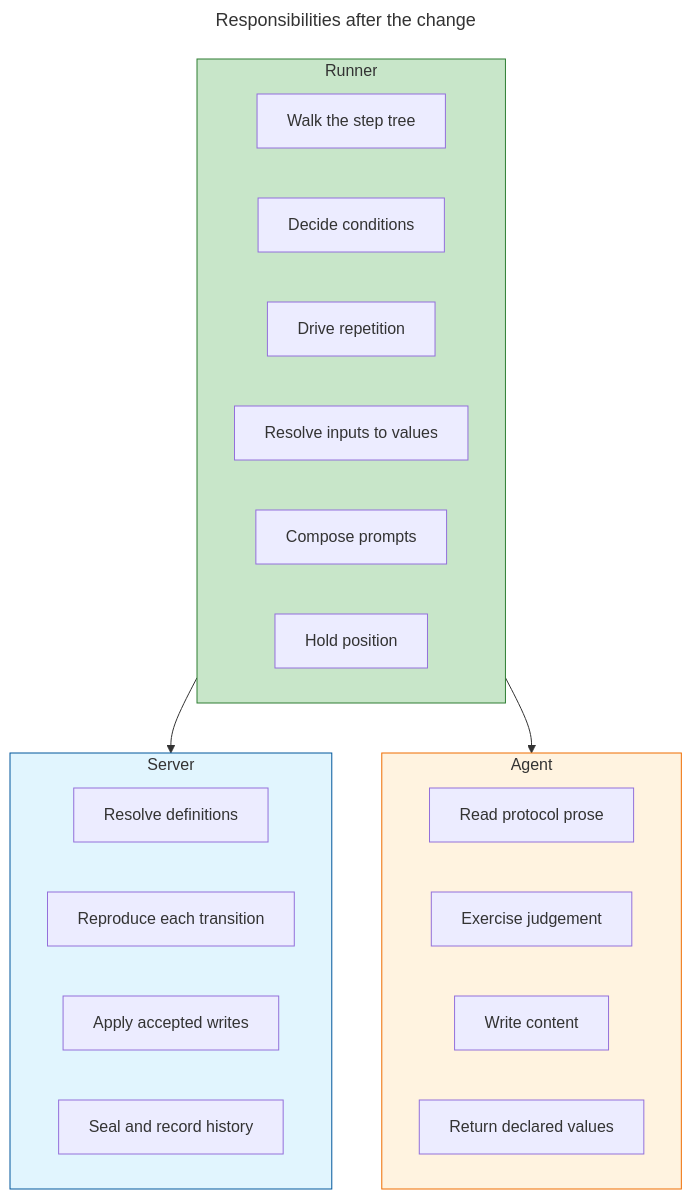
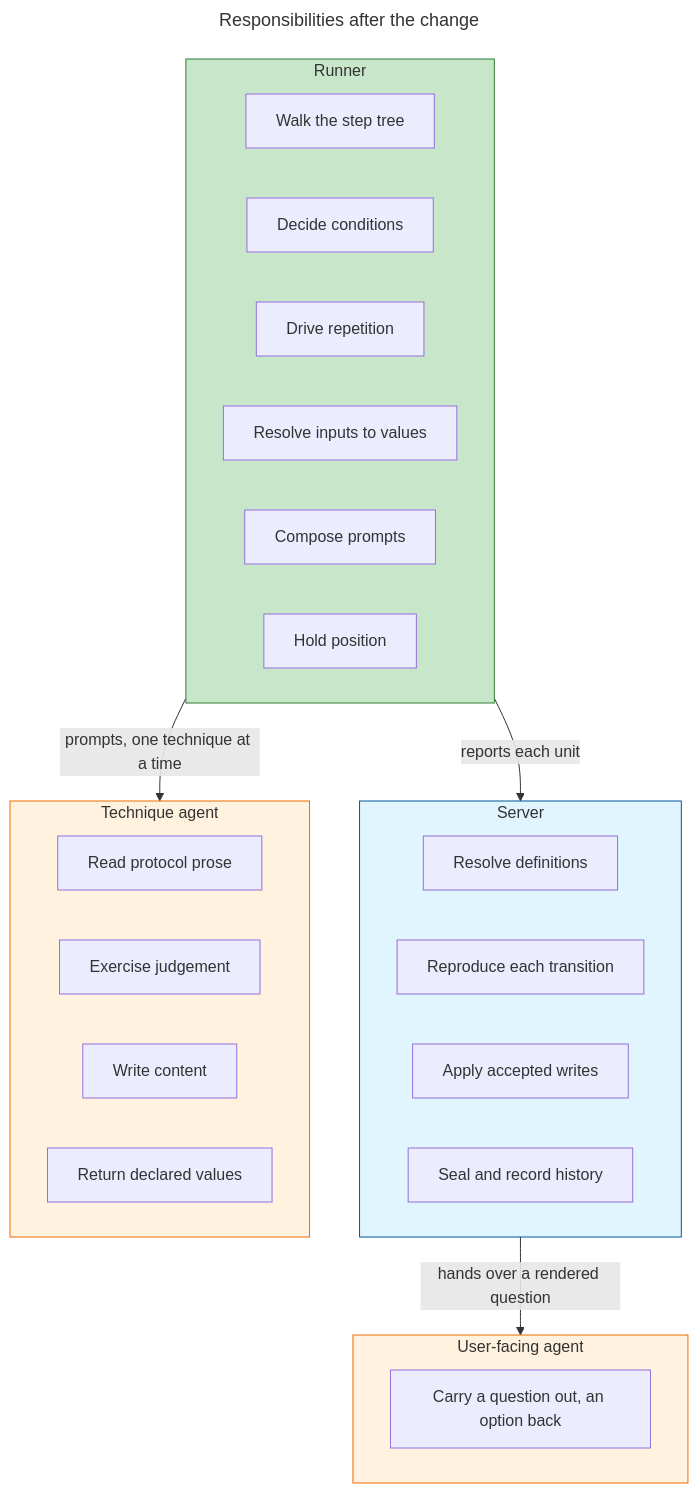
One commit to m2ux/workflow-server changed the fifth of 14 diagrams in artifacts/planning/2026-08-28-runner-execution-protocol/README.md. Above: the diagram before and after it, drawn with Mermaid. The commit also changed other lines of this file, not shown here.

First line of the commit message:
Reconcile the diagrams with the prose they illustrate

````diff
--- a/artifacts/planning/2026-08-28-runner-execution-protocol/README.md
+++ b/artifacts/planning/2026-08-28-runner-execution-protocol/README.md
@@ -266,35 +272,41 @@
 ```mermaid
 ---
 title: Responsibilities after the change
 ---
 flowchart TB
     subgraph R [Runner]
         R1[Walk the step tree]
         R2[Decide conditions]
         R3[Drive repetition]
         R4[Resolve inputs to values]
         R5[Compose prompts]
         R6[Hold position]
     end
 
     subgraph S [Server]
         S1[Resolve definitions]
         S2[Reproduce each transition]
         S3[Apply accepted writes]
         S4[Seal and record history]
     end
 
-    subgraph A [Agent]
+    subgraph A [Technique agent]
         A1[Read protocol prose]
         A2[Exercise judgement]
         A3[Write content]
         A4[Return declared values]
     end
 
-    R --> S
-    R --> A
+    subgraph F [User-facing agent]
+        F1[Carry a question out, an option back]
+    end
+
+    R -->|reports each unit| S
+    R -->|prompts, one technique at a time| A
+    S -->|hands over a rendered question| F
 
     style R fill:#c8e6c9,stroke:#2e7d32
     style S fill:#e1f5fe,stroke:#01579b
     style A fill:#fff3e0,stroke:#ef6c00
+    style F fill:#fff3e0,stroke:#ef6c00
 ```
````
